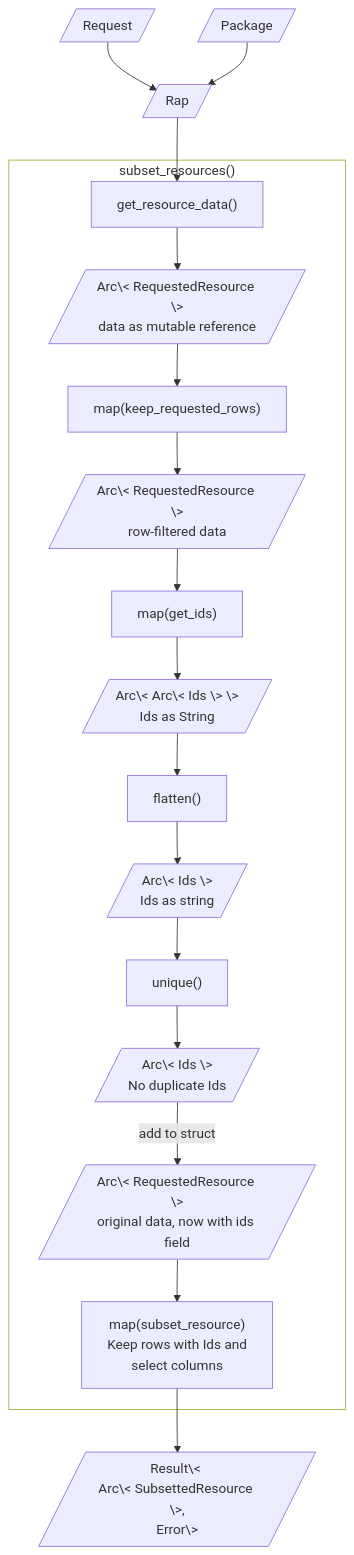
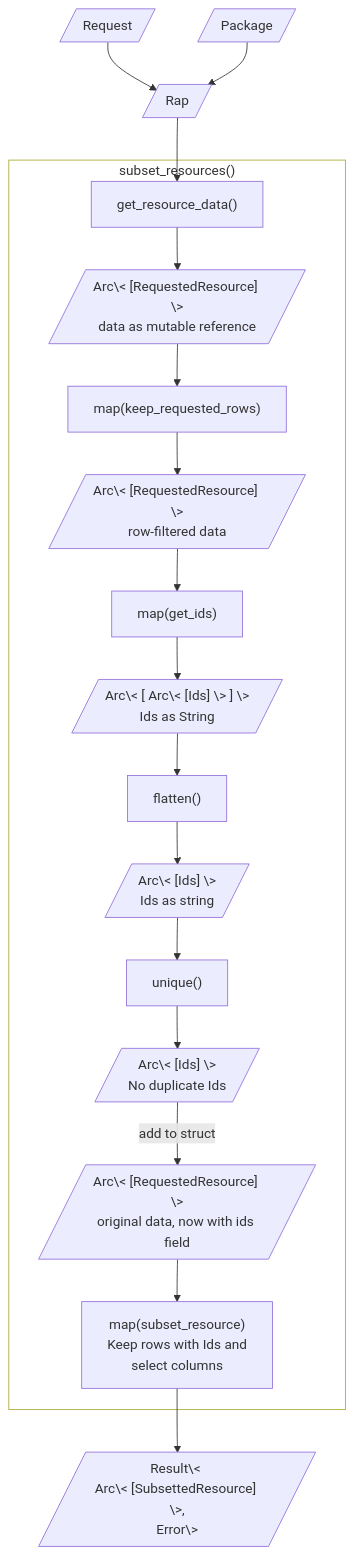
One commit to seedcase-project/seedcase-propagate changed the second of 2 diagrams in docs/design/interface/rust.qmd. Above: the diagram before and after it, drawn with Mermaid. The commit also changed other lines of this file and 1 other file, not shown here.

Commit message:
docs: ✏️ fix formatting and use `[]` for array

````diff
--- a/docs/design/interface/rust.qmd
+++ b/docs/design/interface/rust.qmd
@@ -137,49 +137,49 @@
 ```{mermaid}
 %%| label: fig-subset-flow
 %%| fig-cap: "The flow of input and output through the `subset_resources()` function."
 %%| fig-alt: >-
 %%|   Diagram showing the flow of input and output through the
 %%|   `subset_resources()` function. There are several steps involved, which are
 %%|   textually described in the list above the diagram.
 
 flowchart TD
     Request[/"Request"/]
     Package[/"Package"/]
     Rap[/"Rap"/]
-    output[/"Result\< <br>Arc\< SubsettedResource \>,<br>Error\>"/]
+    output[/"Result\< <br>Arc\< [SubsettedResource] \>,<br>Error\>"/]
 
     Request & Package --> Rap
     Rap --> get_resource_data
 
     subgraph subset_resources ["subset_resources()"]
       get_resource_data["get_resource_data()"]
-      RequestedResource1[/"Arc\< RequestedResource \><br>data as mutable reference"/]
+      RequestedResource1[/"Arc\< [RequestedResource] \><br>data as mutable reference"/]
       map_keep_requested_rows["map(keep_requested_rows)"]
-      RequestedResource2[/"Arc\< RequestedResource \><br>row-filtered data"/]
+      RequestedResource2[/"Arc\< [RequestedResource] \><br>row-filtered data"/]
       map_get_ids["map(get_ids)"]
-      AAIds[/"Arc\< Arc\< Ids \> \><br>Ids as String"/]
+      AAIds[/"Arc\< [ Arc\< [Ids] \> ] \><br>Ids as String"/]
       flatten["flatten()"]
-      ArcIds[/"Arc\< Ids \><br>Ids as string"/]
+      ArcIds[/"Arc\< [Ids] \><br>Ids as string"/]
       unique["unique()"]
-      UniqueIds[/"Arc\< Ids \><br>No duplicate Ids"/]
-      RequestedResource3[/"Arc\< RequestedResource \><br>original data, now with ids field"/]
+      UniqueIds[/"Arc\< [Ids] \><br>No duplicate Ids"/]
+      RequestedResource3[/"Arc\< [RequestedResource] \><br>original data, now with ids field"/]
       map_subset_resource["map(subset_resource)<br>Keep rows with Ids and<br>select columns"]
 
       get_resource_data -->
         RequestedResource1 -->
         map_keep_requested_rows -->
         RequestedResource2 -->
         map_get_ids -->
         AAIds -->
         flatten -->
         ArcIds -->
         unique -->
         UniqueIds -->|add to struct| RequestedResource3 -->
         map_subset_resource
     end
 
     map_subset_resource --> output
 
     subset_resources:::outer_function
     classDef outer_function fill:none
 ```
````
